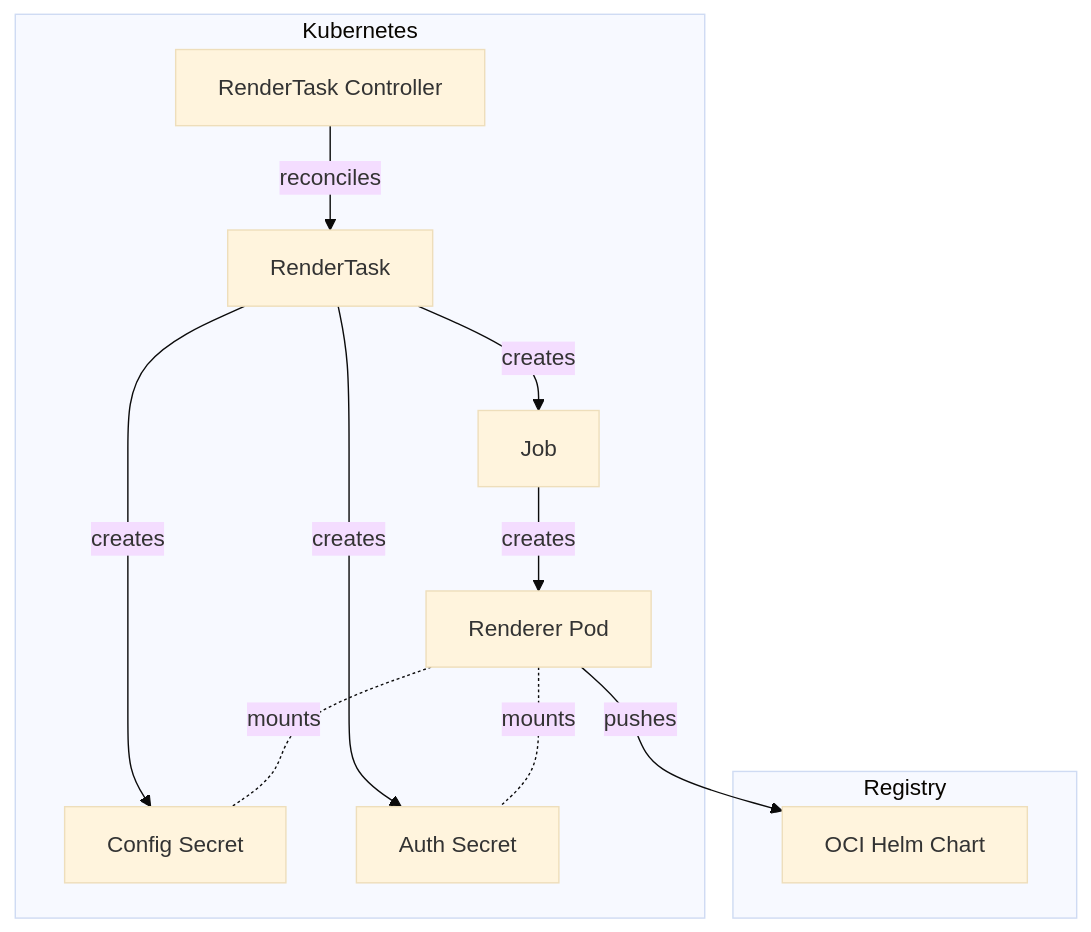
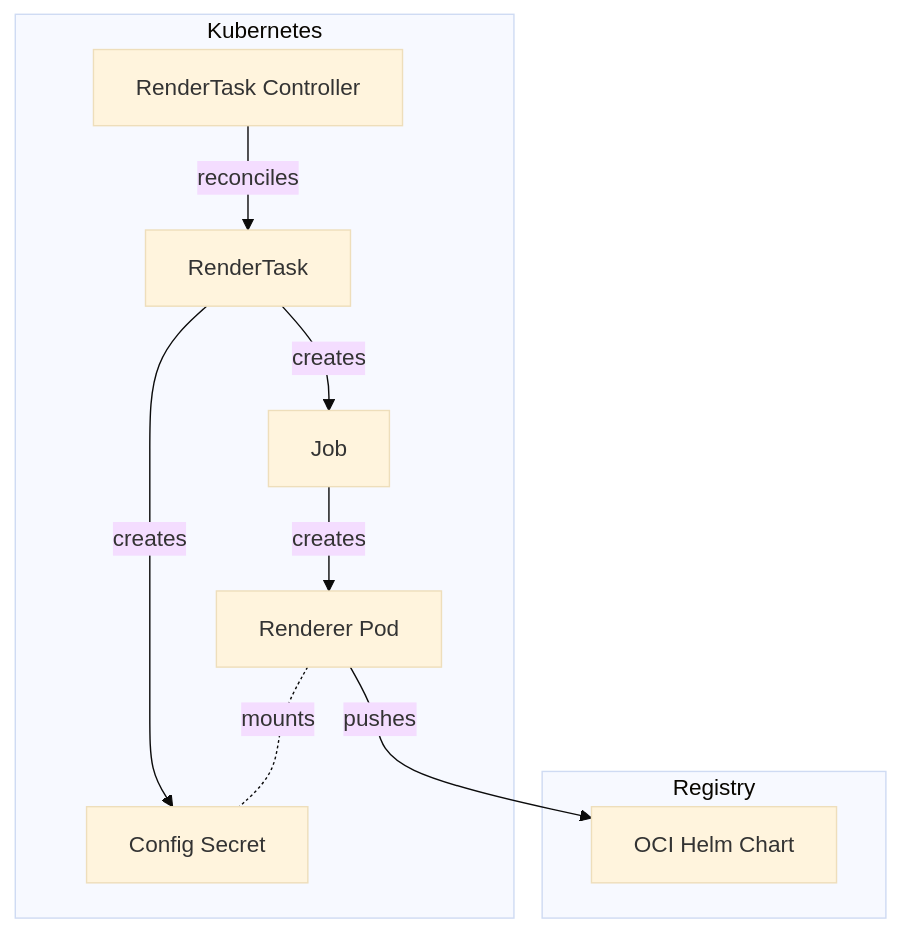
One commit to opendefensecloud/solution-arsenal changed the first of 4 diagrams in docs/developer-guide/rendertask_controller.md. Above: the diagram before and after it, drawn with Mermaid (base theme). The commit also changed other lines of this file and 6 other files, not shown here.

````diff
--- a/docs/developer-guide/rendertask_controller.md
+++ b/docs/developer-guide/rendertask_controller.md
@@ -14,26 +13,23 @@
 ```mermaid
 flowchart TD
     subgraph Kubernetes
         Ctrl[RenderTask Controller]
         RT[RenderTask]
         J[Job]
         J -->|creates| Renderer[Renderer Pod]
         CS[Config Secret]
-        AS[Auth Secret]
     end
 
     subgraph Registry
         Chart[OCI Helm Chart]
     end
 
     Ctrl -->|reconciles| RT
 
     RT -->|creates| CS
-    RT -->|creates| AS
     RT -->|creates| J
 
     Renderer -->|pushes| Chart
 
     Renderer -.-|mounts| CS
-    Renderer -.-|mounts| AS
 ```
````
